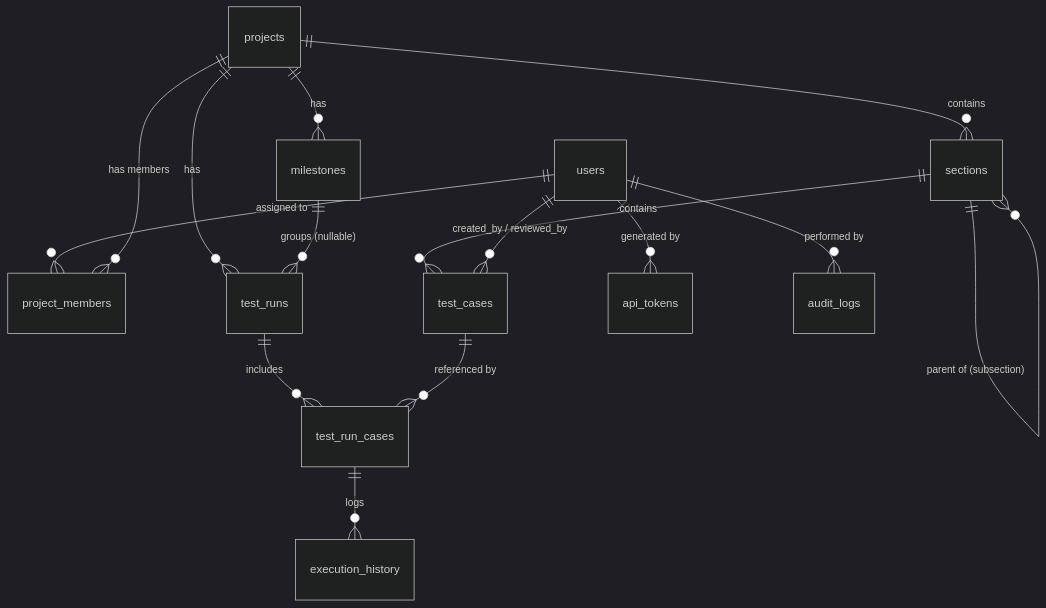
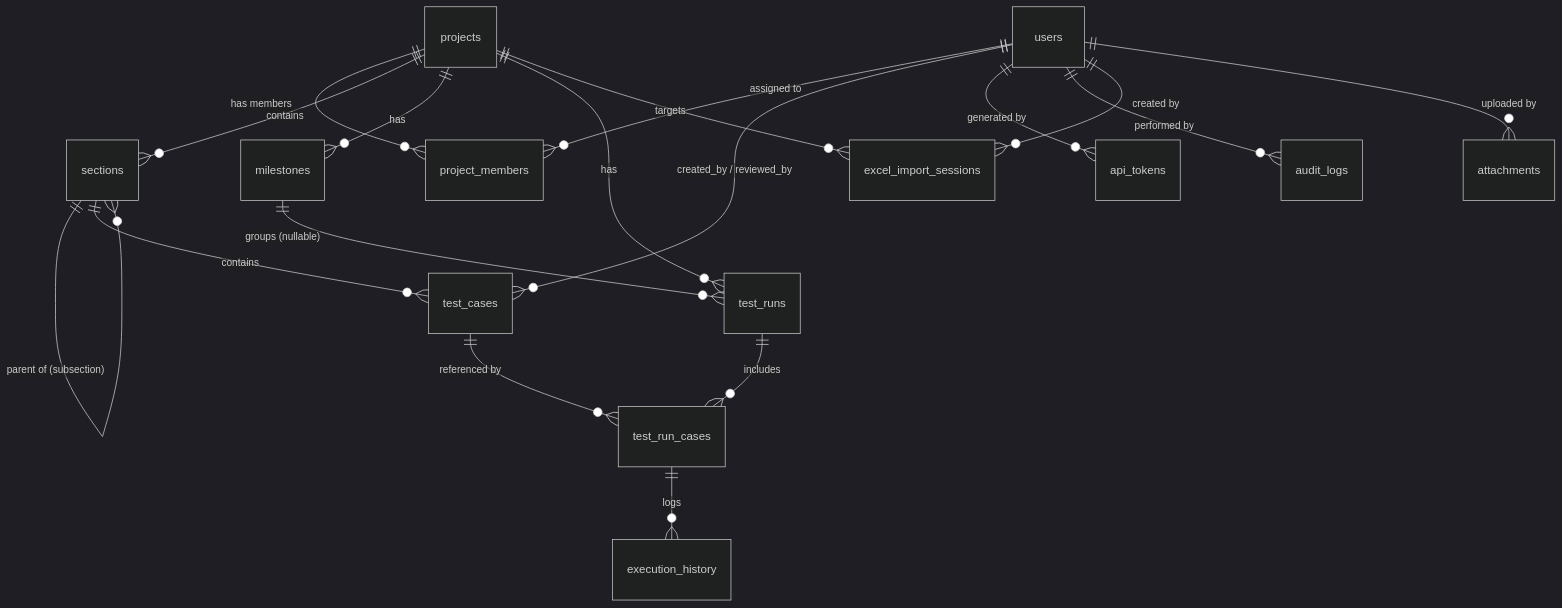
One commit to HuyMU/TestHub changed the diagram in docs/architecture/data-model.md. Above: the diagram before and after it, drawn with Mermaid (dark theme). The commit also changed other lines of this file and 6 other files, not shown here.

Commit message:
docs: synchronize markdown docs (schema, business rules, slice status) with actual source at 22b65e7

````diff
--- a/docs/architecture/data-model.md
+++ b/docs/architecture/data-model.md
@@ -5,17 +7,20 @@
 ```mermaid
 erDiagram
     users ||--o{ project_members : "assigned to"
     projects ||--o{ project_members : "has members"
     projects ||--o{ sections : "contains"
     sections ||--o{ sections : "parent of (subsection)"
     sections ||--o{ test_cases : "contains"
     projects ||--o{ milestones : "has"
     projects ||--o{ test_runs : "has"
     milestones ||--o{ test_runs : "groups (nullable)"
     test_runs ||--o{ test_run_cases : "includes"
     test_cases ||--o{ test_run_cases : "referenced by"
     test_run_cases ||--o{ execution_history : "logs"
     users ||--o{ test_cases : "created_by / reviewed_by"
     users ||--o{ api_tokens : "generated by"
     users ||--o{ audit_logs : "performed by"
+    users ||--o{ excel_import_sessions : "created by"
+    users ||--o{ attachments : "uploaded by"
+    projects ||--o{ excel_import_sessions : "targets"
 ```
````
